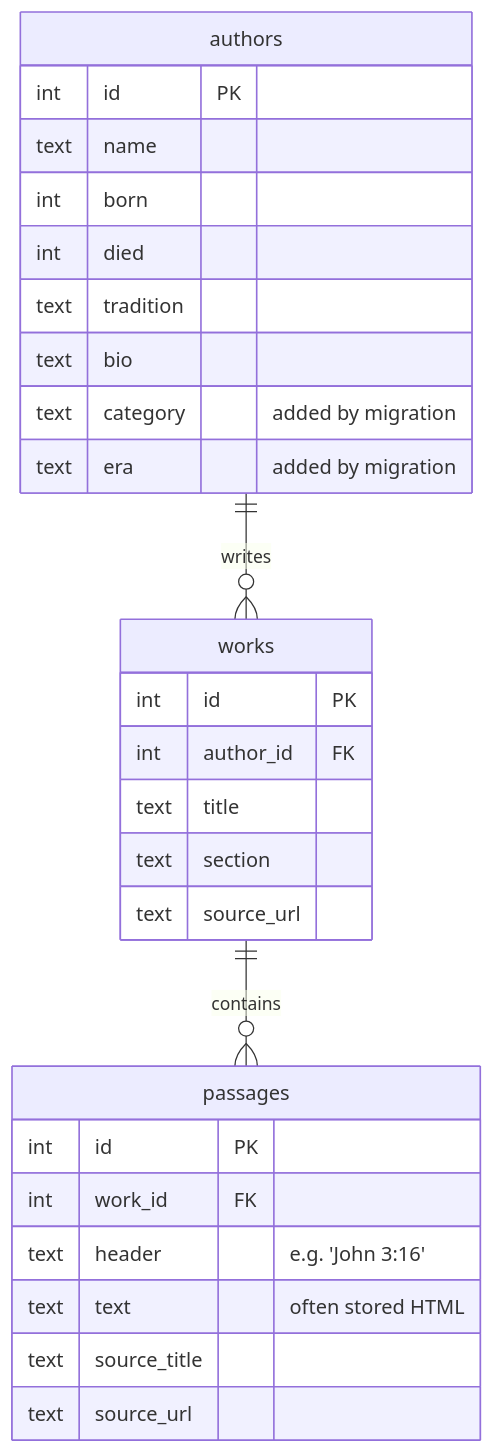
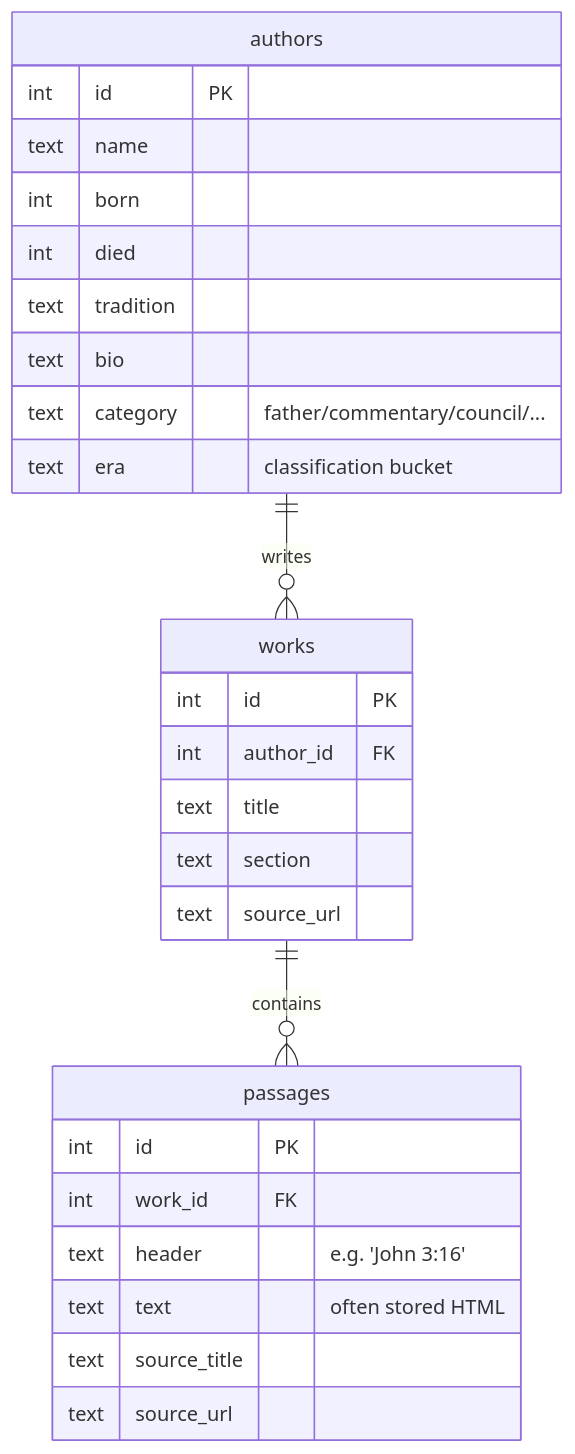
The diagram in docs/walkthrough/03-data-layer.md (hiruykassa/ask-the-church-fathers), drawn with Mermaid before and after one commit. The commit also changed other lines of this file and 10 other files, not shown here.

````diff
--- a/docs/walkthrough/03-data-layer.md
+++ b/docs/walkthrough/03-data-layer.md
@@ -22,30 +30,30 @@
 ```mermaid
 erDiagram
   authors ||--o{ works : "writes"
   works ||--o{ passages : "contains"
   authors {
     int id PK
     text name
     int born
     int died
     text tradition
     text bio
-    text category "added by migration"
-    text era "added by migration"
+    text category "father/commentary/council/..."
+    text era "classification bucket"
   }
   works {
     int id PK
     int author_id FK
     text title
     text section
     text source_url
   }
   passages {
     int id PK
     int work_id FK
     text header "e.g. 'John 3:16'"
     text text "often stored HTML"
     text source_title
     text source_url
   }
 ```
````
